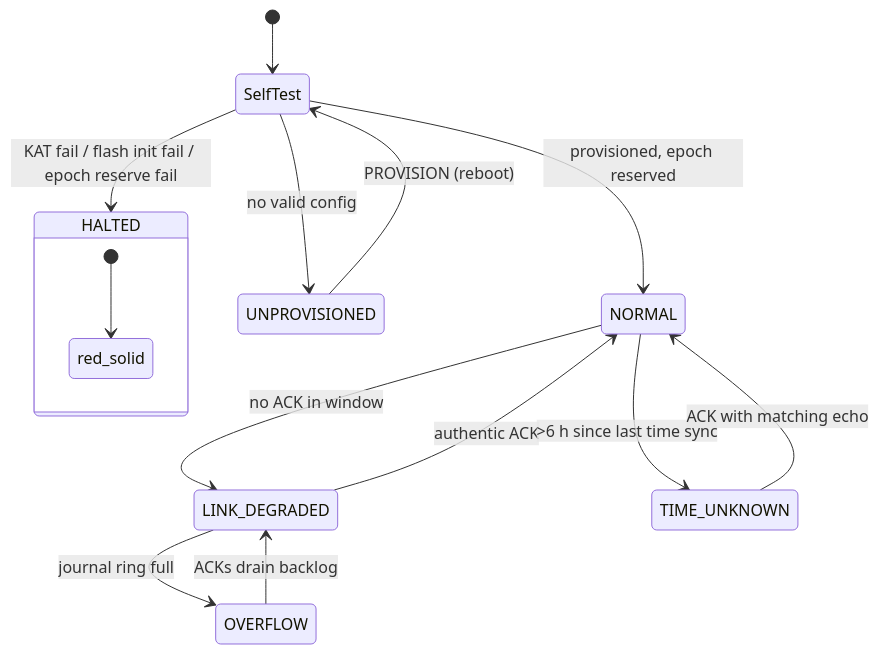
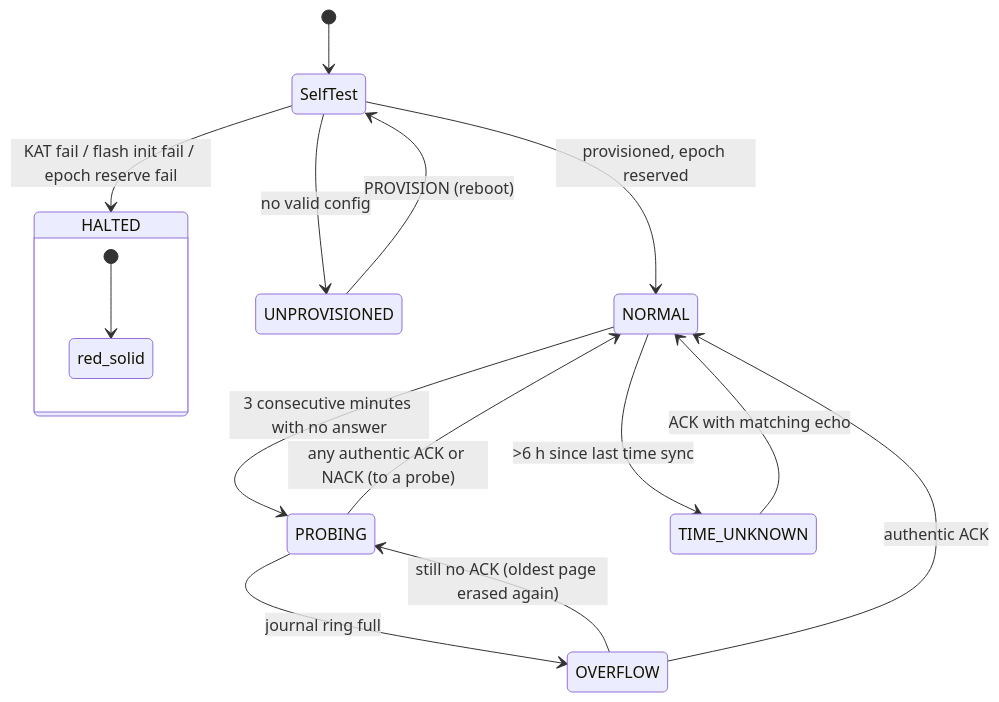
One commit to clintecker/weather-station-2026 changed the second of 2 diagrams in docs/failure-modes.md. Above: the diagram before and after it, drawn with Mermaid. The commit also changed other lines of this file and 29 other files, not shown here.

````diff
--- a/docs/failure-modes.md
+++ b/docs/failure-modes.md
@@ -156,17 +159,18 @@
 ```mermaid
 stateDiagram-v2
   [*] --> SelfTest
   SelfTest --> HALTED: KAT fail / flash init fail / epoch reserve fail
   SelfTest --> UNPROVISIONED: no valid config
   SelfTest --> NORMAL: provisioned, epoch reserved
   UNPROVISIONED --> SelfTest: PROVISION (reboot)
-  NORMAL --> LINK_DEGRADED: no ACK in window
-  LINK_DEGRADED --> NORMAL: authentic ACK
+  NORMAL --> PROBING: 3 consecutive minutes with no answer
+  PROBING --> NORMAL: any authentic ACK or NACK (to a probe)
   NORMAL --> TIME_UNKNOWN: >6 h since last time sync
   TIME_UNKNOWN --> NORMAL: ACK with matching echo
-  LINK_DEGRADED --> OVERFLOW: journal ring full
-  OVERFLOW --> LINK_DEGRADED: ACKs drain backlog
+  PROBING --> OVERFLOW: journal ring full
+  OVERFLOW --> PROBING: still no ACK (oldest page erased again)
+  OVERFLOW --> NORMAL: authentic ACK
   state HALTED {
     [*] --> red_solid
   }
 ```
````
